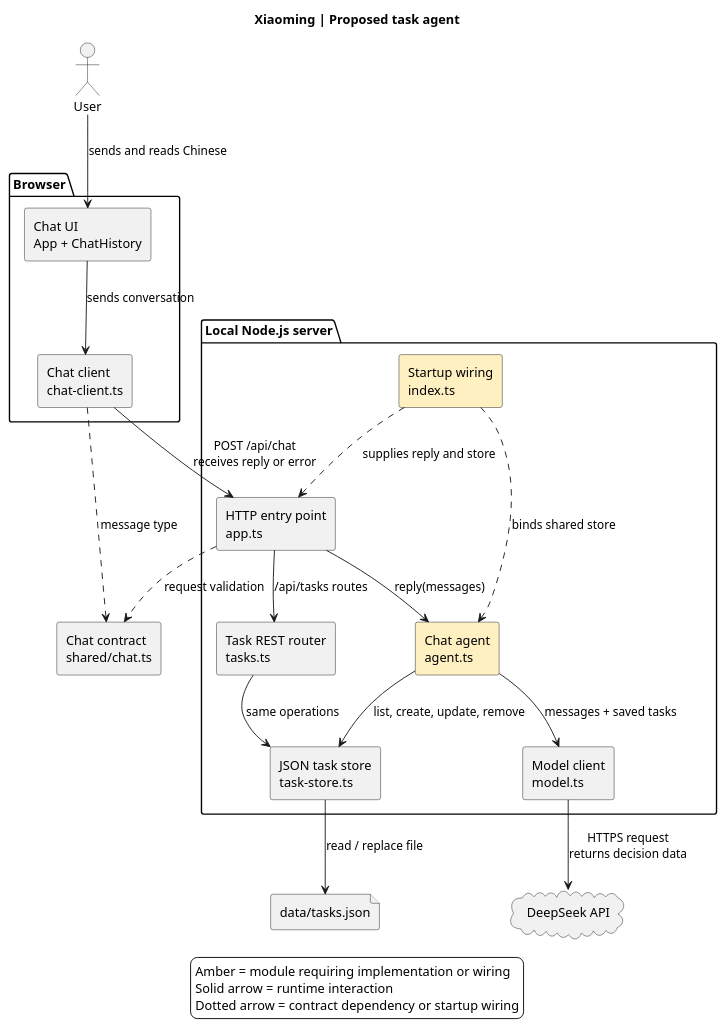
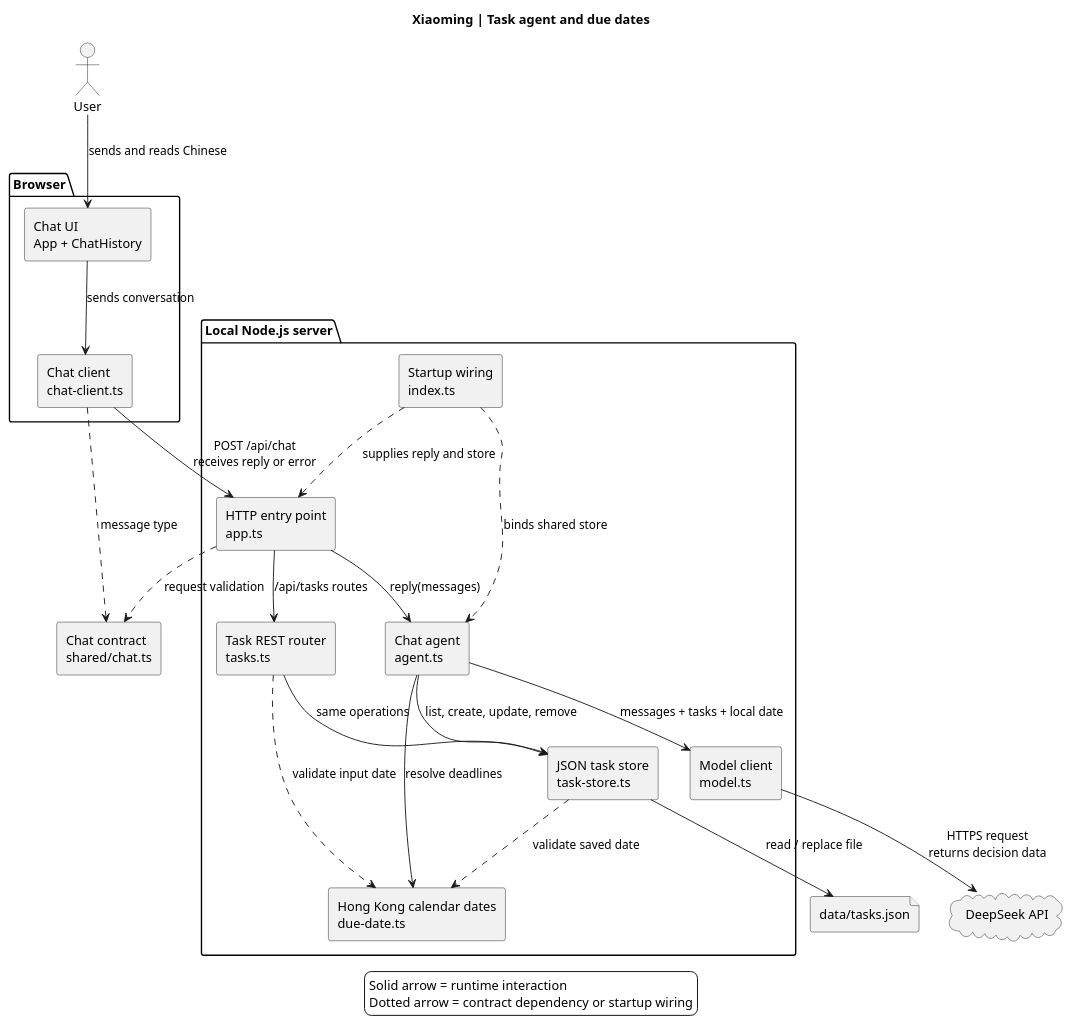
Before and after one commit to TokeNow/todo-agent: the diagram in docs/architecture.puml, drawn with PlantUML. The commit also changed 1 other file, not shown here.

Commit message:
[Docs] Document how the agent resolves and filters due dates
Features :
- Describe how the agent resolves relative dates, filters the saved list by date and status, and handles older undated records.
- Show how the chat agent, REST router, and JSON store share calendar-date validation.
- Document the acceptance cases for due-today queries, the Hong Kong year boundary, and restart persistence.

Validation:
- Rendered and inspected the updated PlantUML diagram.
- Verified that the architecture document's local links resolve.

Remaining work:

```diff
--- a/docs/architecture.puml
+++ b/docs/architecture.puml
@@ -1,45 +1,48 @@
 @startuml
-title Xiaoming | Proposed task agent
+title Xiaoming | Task agent and due dates
 skinparam componentStyle rectangle
 skinparam shadowing false
 skinparam backgroundColor white
 skinparam defaultFontName SansSerif
 
 actor "User" as User
 package "Browser" {
   component "Chat UI\nApp + ChatHistory" as UI
   component "Chat client\nchat-client.ts" as Client
 }
 package "Local Node.js server" {
-  component "Startup wiring\nindex.ts" as Startup #FFF0C2
+  component "Startup wiring\nindex.ts" as Startup
   component "HTTP entry point\napp.ts" as App
   component "Task REST router\ntasks.ts" as Rest
-  component "Chat agent\nagent.ts" as Agent #FFF0C2
+  component "Chat agent\nagent.ts" as Agent
+  component "Hong Kong calendar dates\ndue-date.ts" as Dates
   component "Model client\nmodel.ts" as Model
   component "JSON task store\ntask-store.ts" as Store
 }
 component "Chat contract\nshared/chat.ts" as Contract
 cloud "DeepSeek API" as DeepSeek
 file "data/tasks.json" as Disk
 
 User --> UI : sends and reads Chinese
 UI --> Client : sends conversation
 Client --> App : POST /api/chat\nreceives reply or error
 Client ..> Contract : message type
 App ..> Contract : request validation
 Startup ..> App : supplies reply and store
 Startup ..> Agent : binds shared store
 App --> Agent : reply(messages)
 App --> Rest : /api/tasks routes
-Agent --> Model : messages + saved tasks
+Agent --> Model : messages + tasks + local date
 Model --> DeepSeek : HTTPS request\nreturns decision data
 Agent --> Store : list, create, update, remove
 Rest --> Store : same operations
+Agent --> Dates : resolve deadlines
+Rest ..> Dates : validate input date
+Store ..> Dates : validate saved date
 Store --> Disk : read / replace file
 
 legend bottom
-  Amber = module requiring implementation or wiring
   Solid arrow = runtime interaction
   Dotted arrow = contract dependency or startup wiring
 endlegend
 @enduml
```
